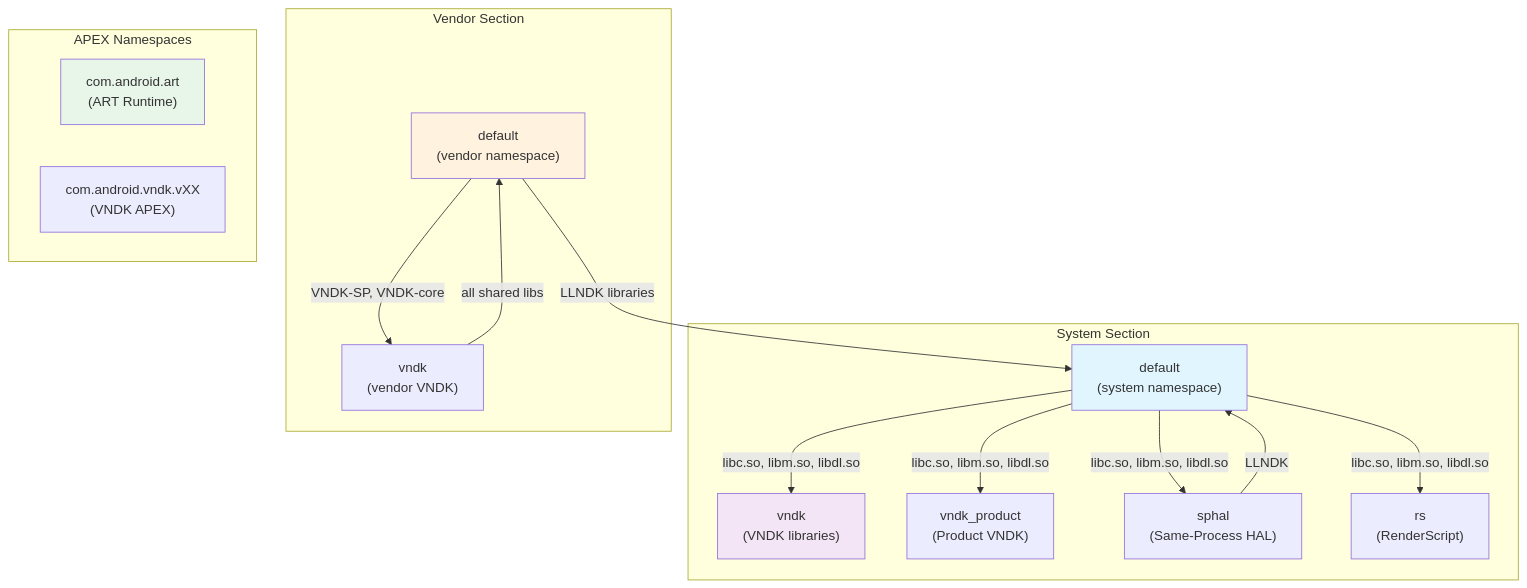
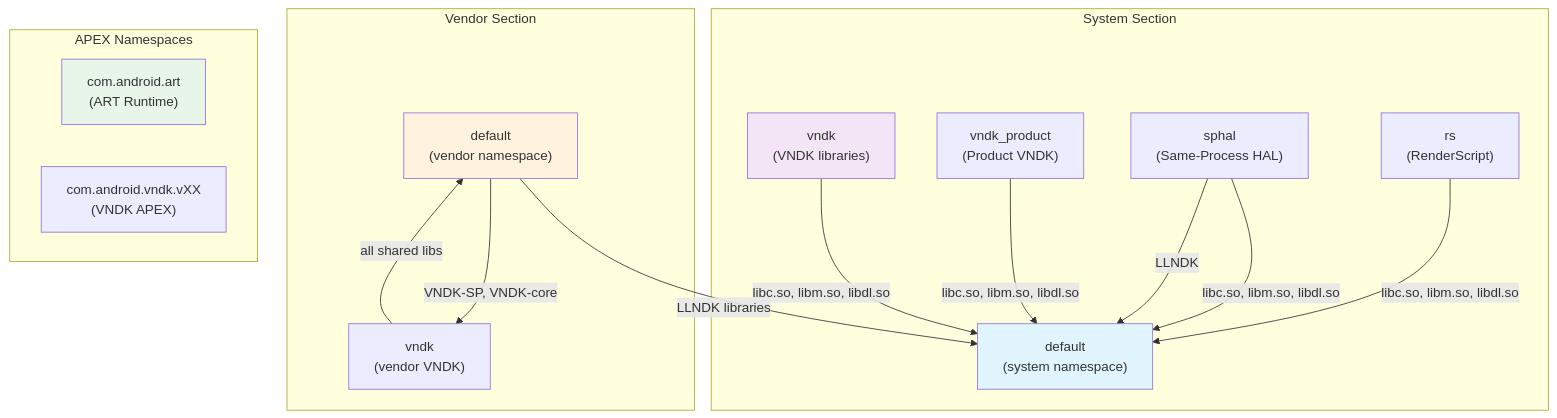
Before and after one commit to aospbooks/aosp-internal-book: the tenth of 18 diagrams in agents/claude/skills/aosp-native-foundation/07-bionic-and-linker.md, drawn with Mermaid. The commit also changed other lines of this file and 137 other files, not shown here.

````diff
--- a/agents/claude/skills/aosp-native-foundation/07-bionic-and-linker.md
+++ b/agents/claude/skills/aosp-native-foundation/07-bionic-and-linker.md
@@ -2304,36 +2304,36 @@
 ```mermaid
 graph TD
     subgraph "System Section"
         SYS["default<br/>(system namespace)"]
         VNDK["vndk<br/>(VNDK libraries)"]
         VNDK_PROD["vndk_product<br/>(Product VNDK)"]
         SPHAL["sphal<br/>(Same-Process HAL)"]
         RS["rs<br/>(RenderScript)"]
     end
 
     subgraph "Vendor Section"
         VDEF["default<br/>(vendor namespace)"]
         VVNDK["vndk<br/>(vendor VNDK)"]
     end
 
     subgraph "APEX Namespaces"
         APEX["com.android.art<br/>(ART Runtime)"]
         APEX2["com.android.vndk.vXX<br/>(VNDK APEX)"]
     end
 
-    SYS -->|"libc.so, libm.so, libdl.so"| VNDK
-    SYS -->|"libc.so, libm.so, libdl.so"| VNDK_PROD
-    SYS -->|"libc.so, libm.so, libdl.so"| SPHAL
-    SYS -->|"libc.so, libm.so, libdl.so"| RS
+    VNDK -->|"libc.so, libm.so, libdl.so"| SYS
+    VNDK_PROD -->|"libc.so, libm.so, libdl.so"| SYS
+    SPHAL -->|"libc.so, libm.so, libdl.so"| SYS
+    RS -->|"libc.so, libm.so, libdl.so"| SYS
 
     VDEF -->|"LLNDK libraries"| SYS
     VDEF -->|"VNDK-SP, VNDK-core"| VVNDK
     VVNDK -->|"all shared libs"| VDEF
 
     SPHAL -->|"LLNDK"| SYS
 
     style SYS fill:#e1f5fe
     style VDEF fill:#fff3e0
     style VNDK fill:#f3e5f5
     style APEX fill:#e8f5e9
 ```
````
